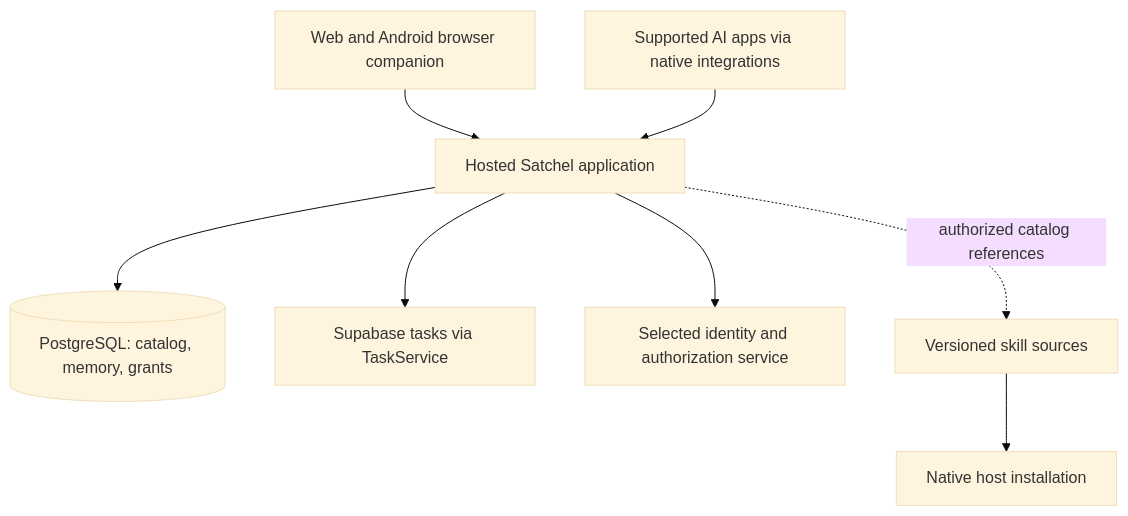
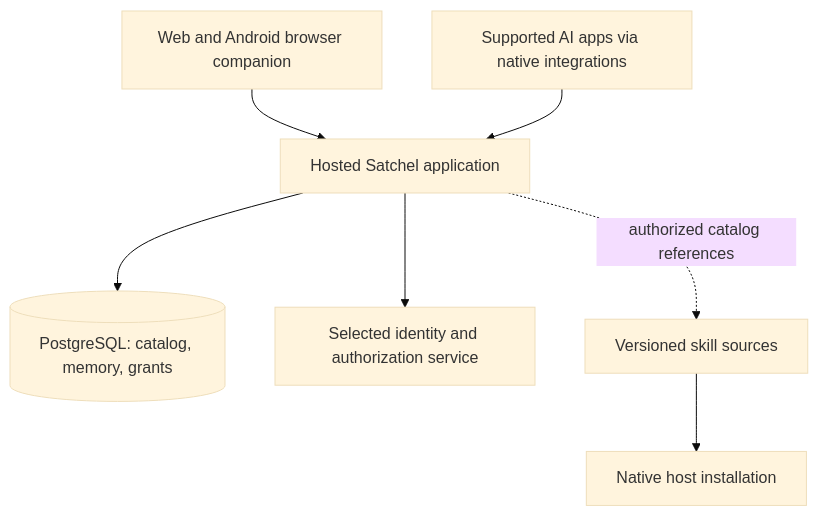
One commit to NeerajG03/satchel changed the diagram in docs/build-roadmap.md. Above: the diagram before and after it, drawn with Mermaid (base theme). The commit also changed other lines of this file and 152 other files, not shown here.

````diff
--- a/docs/build-roadmap.md
+++ b/docs/build-roadmap.md
@@ -66,10 +65,9 @@
 ```mermaid
 flowchart TB
     W[Web and Android browser companion] --> S[Hosted Satchel application]
     A[Supported AI apps via native integrations] --> S
     S --> P[(PostgreSQL: catalog, memory, grants)]
-    S --> G[Supabase tasks via TaskService]
     S --> I[Selected identity and authorization service]
     K[Versioned skill sources] --> H[Native host installation]
     S -. authorized catalog references .-> K
 ```
````
